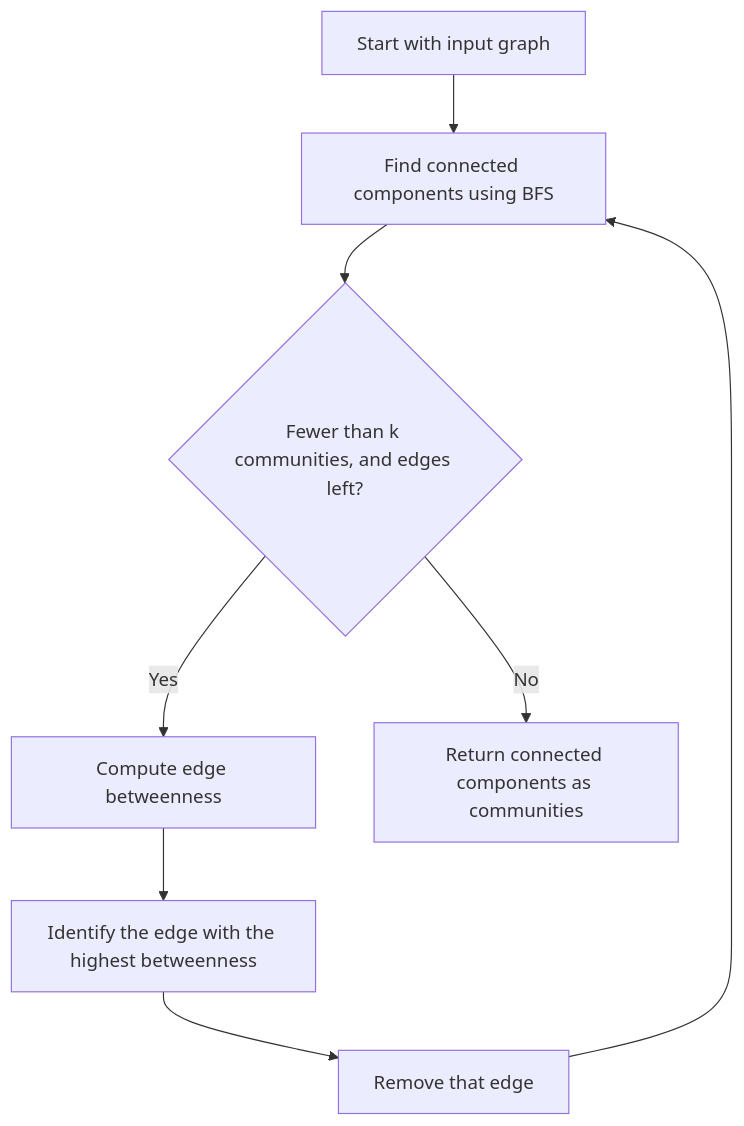
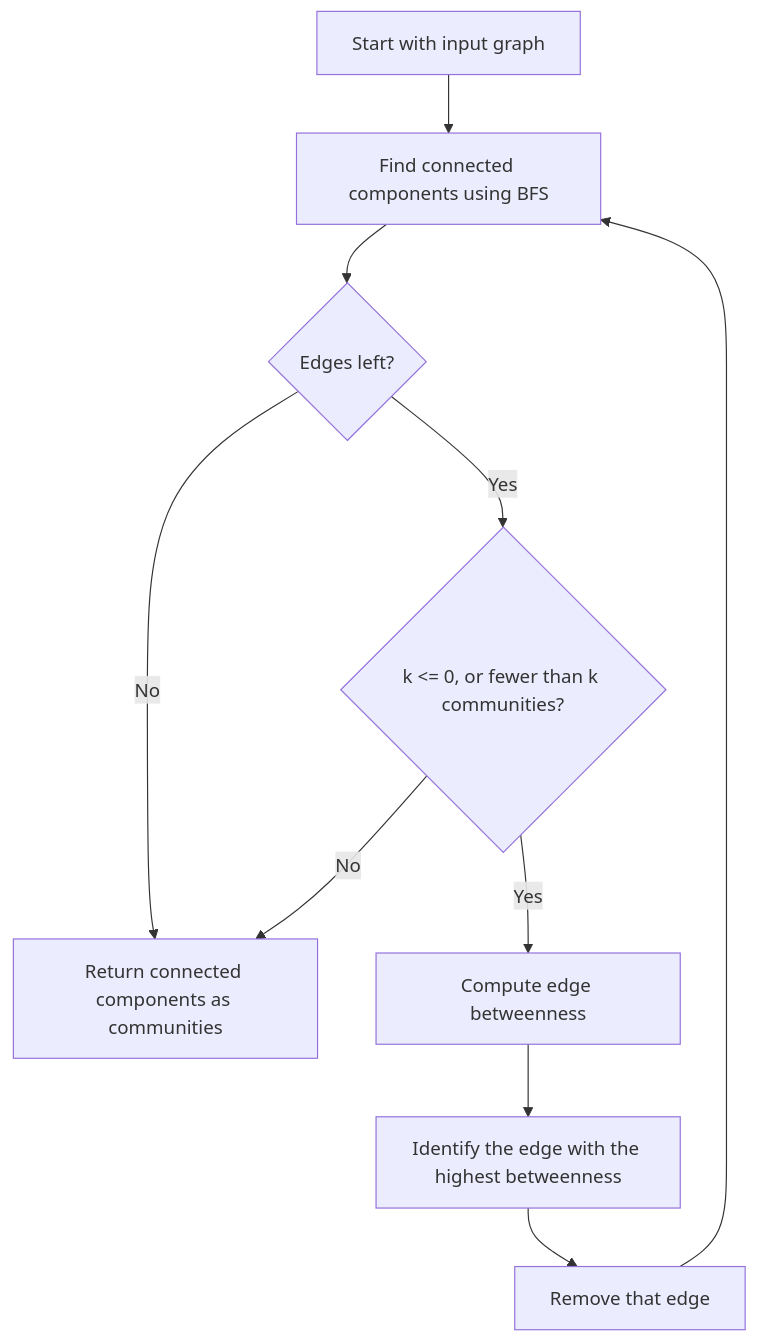
One commit to hmdsefi/gograph changed the first of 6 diagrams in partition/girvan-newman.md. Above: the diagram before and after it, drawn with Mermaid.

Commit message:
Keep removing edges in the Girvan-Newman flowchart when k is 0 or less

````diff
--- a/partition/girvan-newman.md
+++ b/partition/girvan-newman.md
@@ -82,10 +82,12 @@
 ```mermaid
 flowchart TD
     start["Start with input graph"] --> components["Find connected components using BFS"]
-    components --> check{"Fewer than k communities, and edges left?"}
-    check -- Yes --> compute["Compute edge betweenness"]
+    components --> edges{"Edges left?"}
+    edges -- No --> done["Return connected components as communities"]
+    edges -- Yes --> target{"k <= 0, or fewer than k communities?"}
+    target -- No --> done
+    target -- Yes --> compute["Compute edge betweenness"]
     compute --> identify["Identify the edge with the highest betweenness"]
     identify --> remove["Remove that edge"]
     remove --> components
-    check -- No --> done["Return connected components as communities"]
 ```
````
